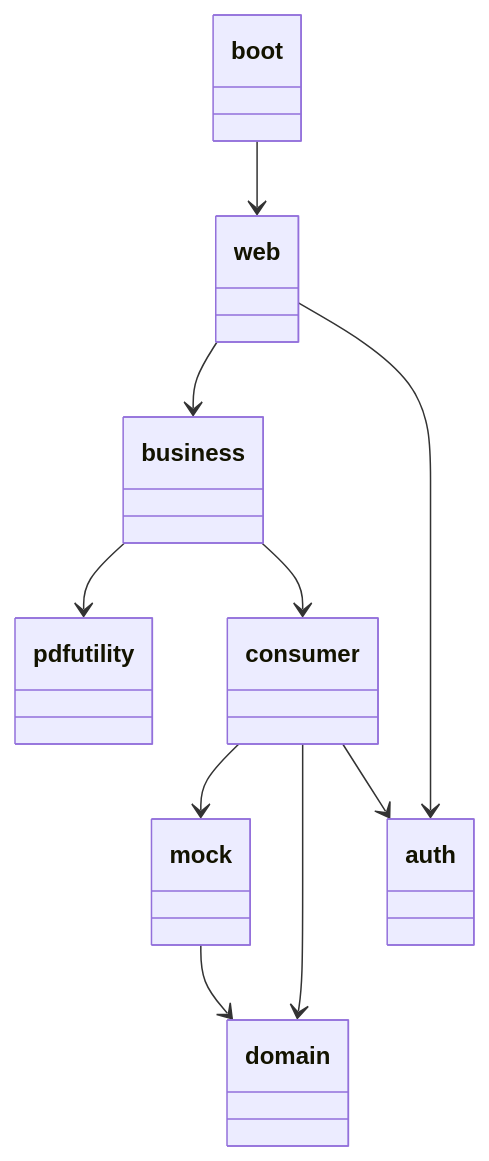
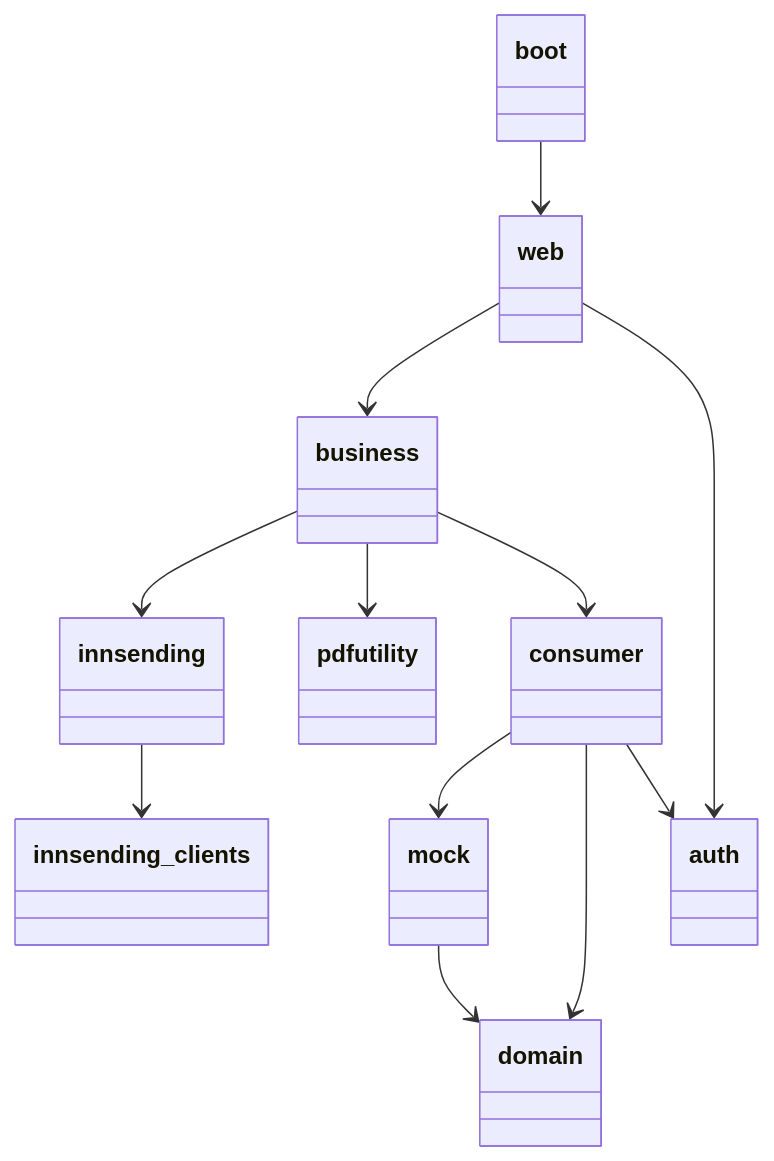
The diagram in docs/module-dependencies.md (navikt/sendsoknad-boot), drawn with Mermaid before and after one commit. The commit also changed 14 other files, not shown here.

````diff
--- a/docs/module-dependencies.md
+++ b/docs/module-dependencies.md
@@ -4,12 +4,14 @@
 ```mermaid
 classDiagram
     boot --> web
     web --> business
     web --> auth
+    business --> innsending
+    innsending --> innsending_clients
     business --> pdfutility
     business --> consumer
     consumer --> mock
     consumer --> domain
     consumer --> auth
     mock --> domain
 ```
````
